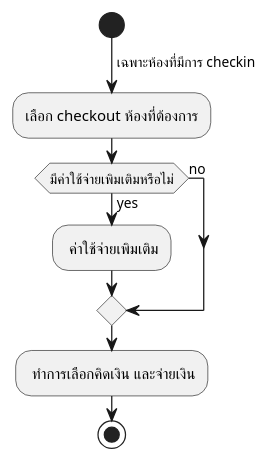
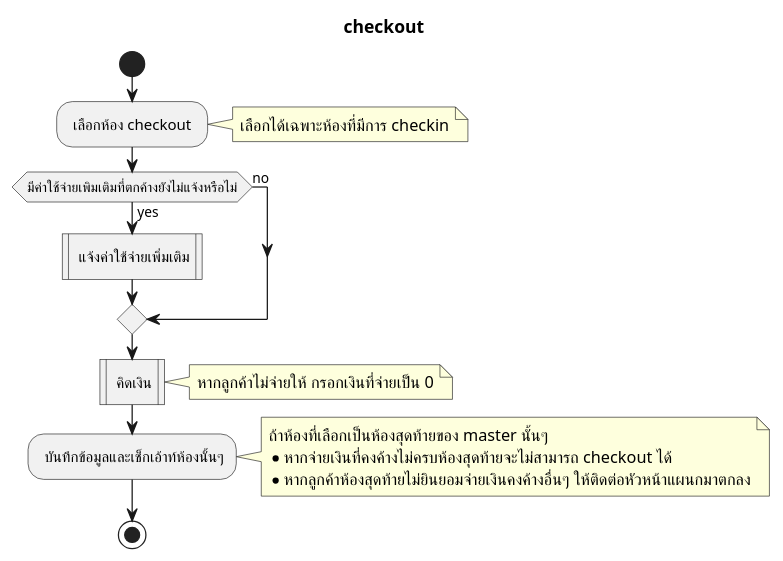
The diagram in activity-diagram/Check-out/checkout.md (cheat13/Prompiman_Diagram), drawn with PlantUML before and after one commit. The commit also changed 3 other files, not shown here.

Commit message:
re diagram

```diff
--- a/activity-diagram/Check-out/checkout.md
+++ b/activity-diagram/Check-out/checkout.md
@@ -1,12 +1,27 @@
 @startuml
+title checkout
 start
- -> เฉพาะห้องที่มีการ checkin;
-  :เลือก checkout ห้องที่ต้องการ;
-  if(มีค่าใช้จ่ายเพิมเติมหรือไม่) then (yes)
-    : ค่าใช้จ่ายเพิมเติม;
+    : เลือกห้อง checkout ;
+    note right   
+    เลือกได้เฉพาะห้องที่มีการ checkin
+    end note  
+  if(มีค่าใช้จ่ายเพิมเติมที่ตกค้างยังไม่แจ้งหรือไม่) then (yes)
+    : แจ้งค่าใช้จ่ายเพิ่มเติม|
   else(no)
     endif
-    : ทำการเลือกคิดเงิน และจ่ายเงิน;
+    : คิดเงิน| 
+    note right
+     หากลูกค้าไม่จ่ายให้ กรอกเงินที่จ่ายเป็น 0
+    end note  
+    : บันทึกข้อมูลและเช็กเอ้าท์ห้องนั้นๆ;
+    note right
+      ถ้าห้องที่เลือกเป็นห้องสุดท้ายของ master นั้นๆ
+      *หากจ่ายเงินที่คงค้างไม่ครบห้องสุดท้ายจะไม่สามารถ checkout ได้
+      *หากลูกค้าห้องสุดท้ายไม่ยินยอมจ่ายเงินคงค้างอื่นๆ ให้ติดต่อหัวหน้าแผนกมาตกลง
+    end note  
+
+ 
 stop;
 
+
 @enduml
```
